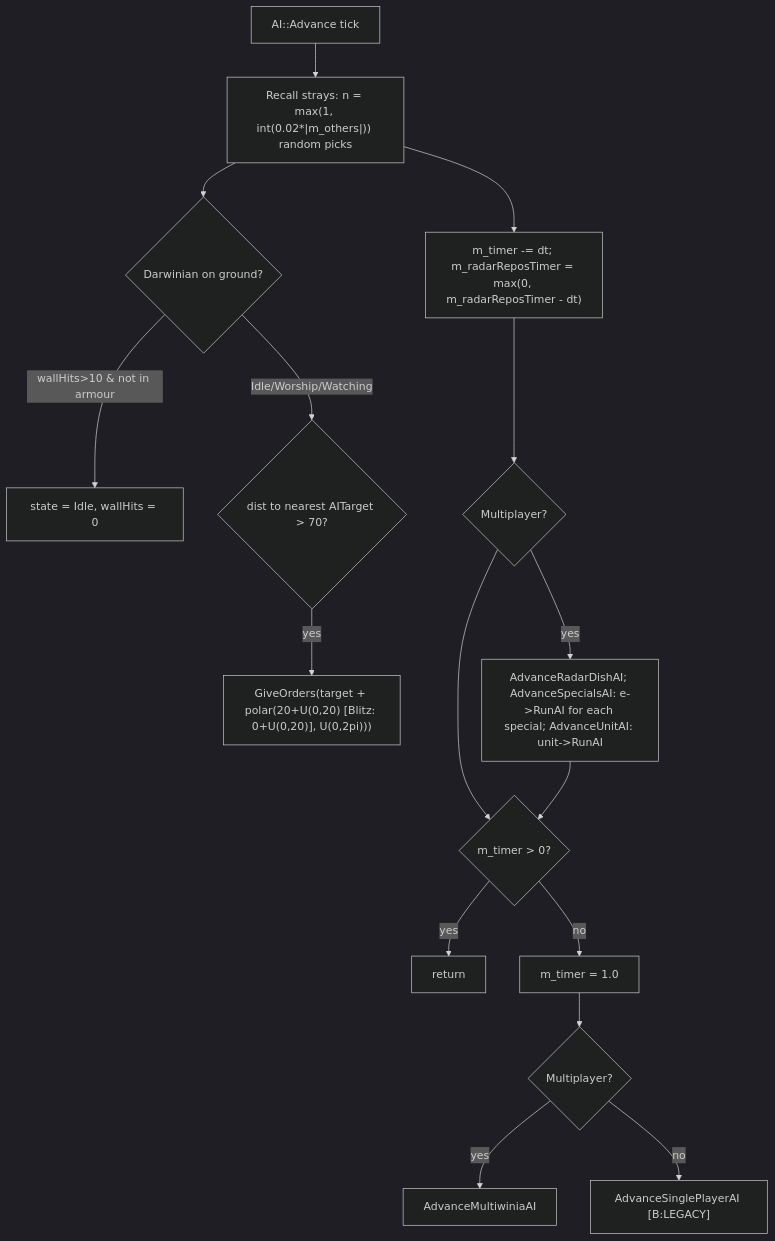
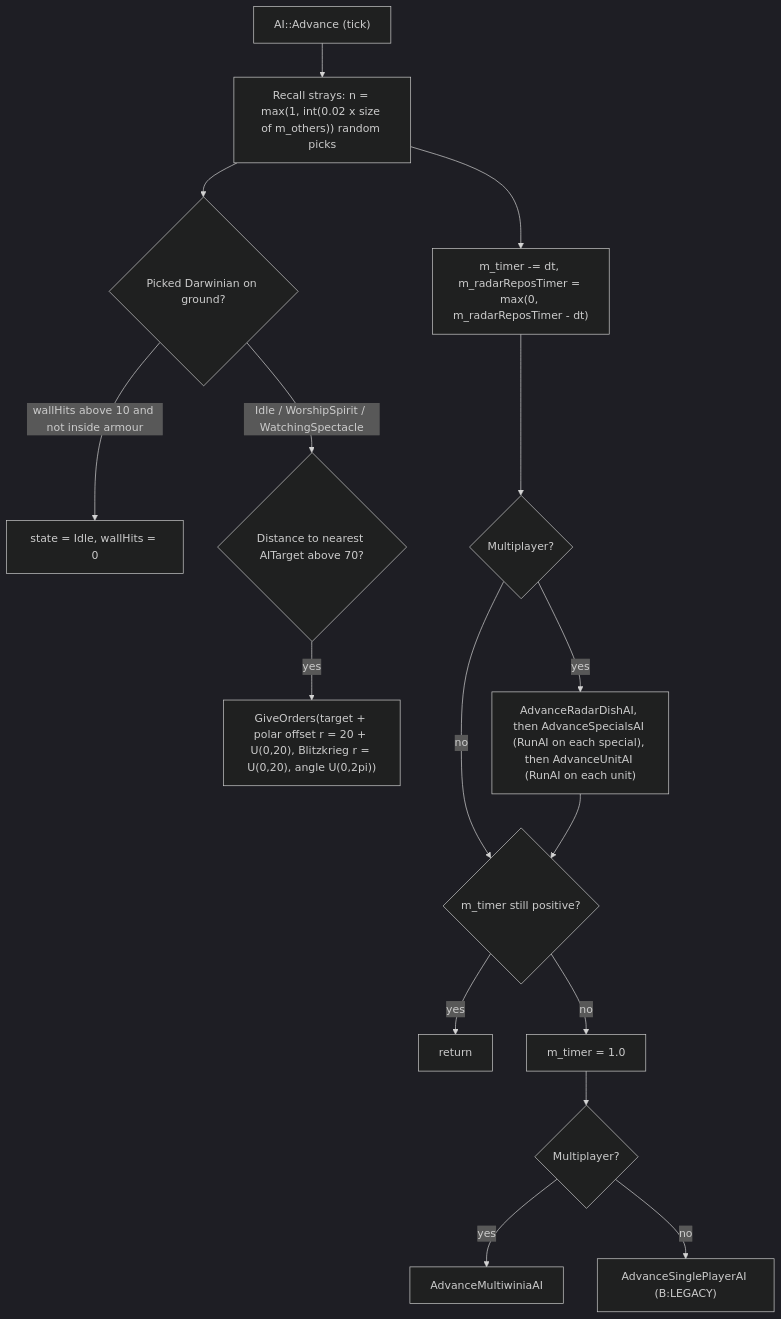
Before and after one commit to Zwaliebaba/Species.AI: the second of 4 diagrams in design/_work/drafts/P08_crates_ai.md, drawn with Mermaid (dark theme). The commit also changed other lines of this file and 21 other files, not shown here.

````diff
--- a/design/_work/drafts/P08_crates_ai.md
+++ b/design/_work/drafts/P08_crates_ai.md
@@ -427,18 +427,18 @@
 ```mermaid
 flowchart TD
-    A[AI::Advance tick] --> B["Recall strays: n = max(1, int(0.02*|m_others|)) random picks"]
-    B --> C{Darwinian on ground?}
-    C -- wallHits>10 & not in armour --> C1[state = Idle, wallHits = 0]
-    C -- Idle/Worship/Watching --> C2{"dist to nearest AITarget > 70?"}
-    C2 -- yes --> C3["GiveOrders(target + polar(20+U(0,20) [Blitz: 0+U(0,20)], U(0,2pi)))"]
-    B --> D["m_timer -= dt; m_radarReposTimer = max(0, m_radarReposTimer - dt)"]
-    D --> E{Multiplayer?}
-    E -- yes --> F[AdvanceRadarDishAI; AdvanceSpecialsAI: e->RunAI for each special; AdvanceUnitAI: unit->RunAI]
-    E --> G{m_timer > 0?}
-    F --> G
-    G -- yes --> Z[return]
-    G -- no --> H[m_timer = 1.0]
-    H --> I{Multiplayer?}
-    I -- yes --> J[AdvanceMultiwiniaAI]
-    I -- no --> K["AdvanceSinglePlayerAI [B:LEGACY]"]
+    A["AI::Advance (tick)"] --> B["Recall strays: n = max(1, int(0.02 x size of m_others)) random picks"]
+    B --> C{"Picked Darwinian on ground?"}
+    C -->|"wallHits above 10 and not inside armour"| C1["state = Idle, wallHits = 0"]
+    C -->|"Idle / WorshipSpirit / WatchingSpectacle"| C2{"Distance to nearest AITarget above 70?"}
+    C2 -->|yes| C3["GiveOrders(target + polar offset r = 20 + U(0,20), Blitzkrieg r = U(0,20), angle U(0,2pi))"]
+    B --> D["m_timer -= dt, m_radarReposTimer = max(0, m_radarReposTimer - dt)"]
+    D --> E{"Multiplayer?"}
+    E -->|yes| F["AdvanceRadarDishAI, then AdvanceSpecialsAI (RunAI on each special), then AdvanceUnitAI (RunAI on each unit)"]
+    E -->|no| G
+    F --> G{"m_timer still positive?"}
+    G -->|yes| Z["return"]
+    G -->|no| H["m_timer = 1.0"]
+    H --> I{"Multiplayer?"}
+    I -->|yes| J["AdvanceMultiwiniaAI"]
+    I -->|no| K["AdvanceSinglePlayerAI (B:LEGACY)"]
 ```
````
